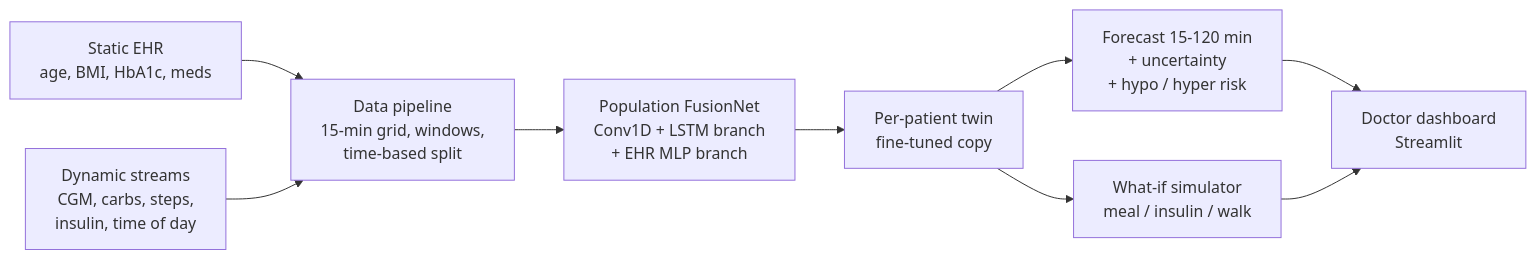
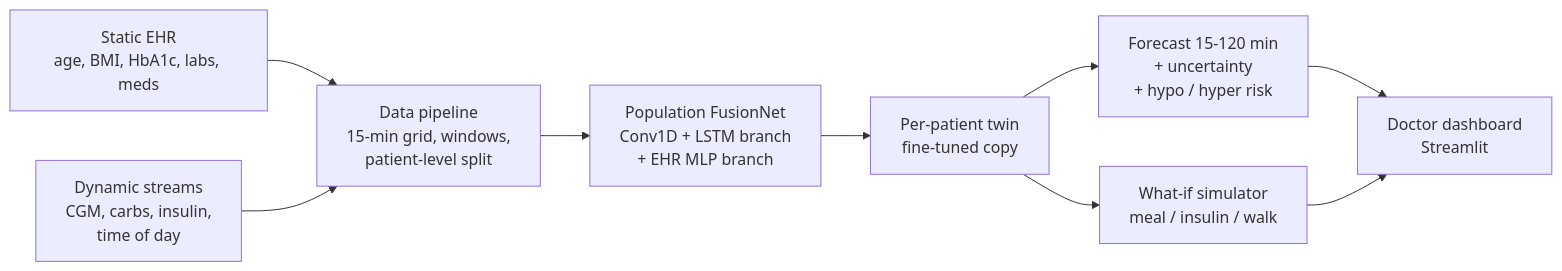
One commit to dps-nitrr/Swabhimaan_NITRR changed the diagram in README.md. Above: the diagram before and after it, drawn with Mermaid. The commit also changed other lines of this file, not shown here.

````diff
--- a/README.md
+++ b/README.md
@@ -27,11 +31,11 @@
 ```mermaid
 flowchart LR
-  A[Static EHR<br/>age, BMI, HbA1c, meds] --> C[Data pipeline<br/>15-min grid, windows,<br/>time-based split]
-  B[Dynamic streams<br/>CGM, carbs, steps,<br/>insulin, time of day] --> C
+  A[Static EHR<br/>age, BMI, HbA1c, labs, meds] --> C[Data pipeline<br/>15-min grid, windows,<br/>patient-level split]
+  B[Dynamic streams<br/>CGM, carbs, insulin,<br/>time of day] --> C
   C --> D[Population FusionNet<br/>Conv1D + LSTM branch<br/>+ EHR MLP branch]
   D --> E[Per-patient twin<br/>fine-tuned copy]
   E --> F[Forecast 15-120 min<br/>+ uncertainty<br/>+ hypo / hyper risk]
   E --> G[What-if simulator<br/>meal / insulin / walk]
   F --> H[Doctor dashboard<br/>Streamlit]
   G --> H
 ```
````
